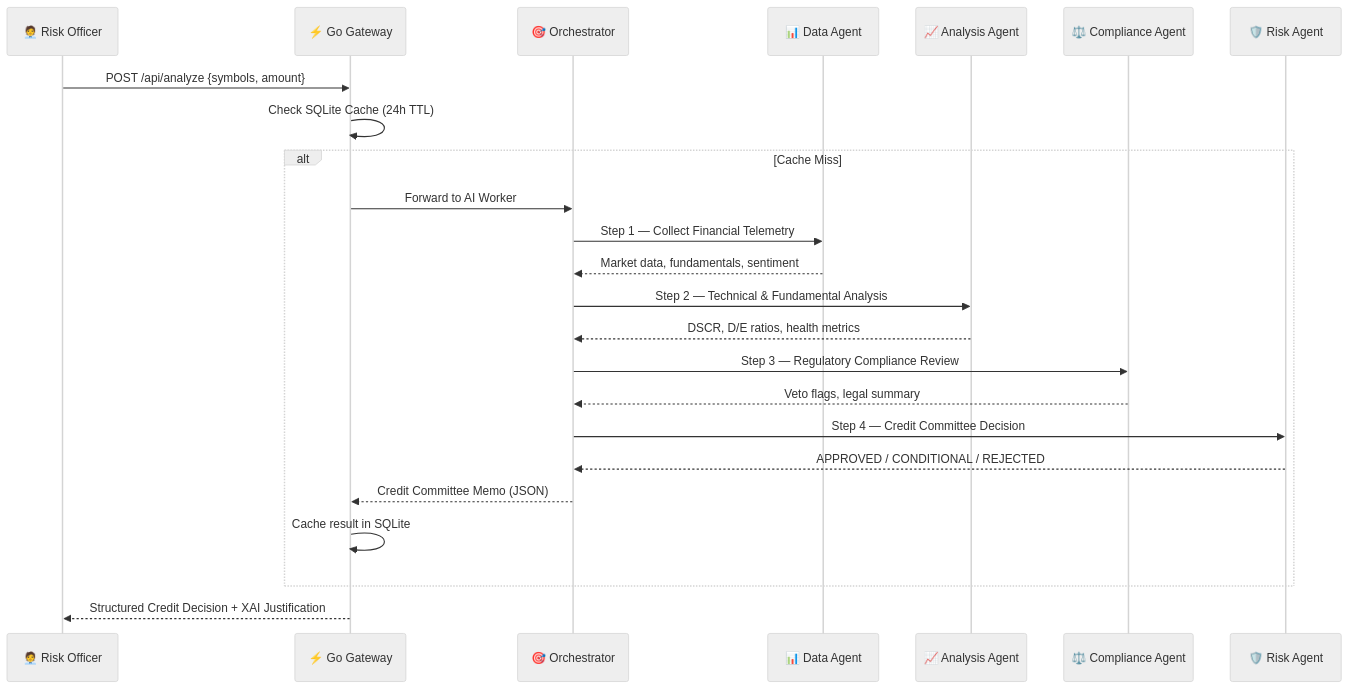
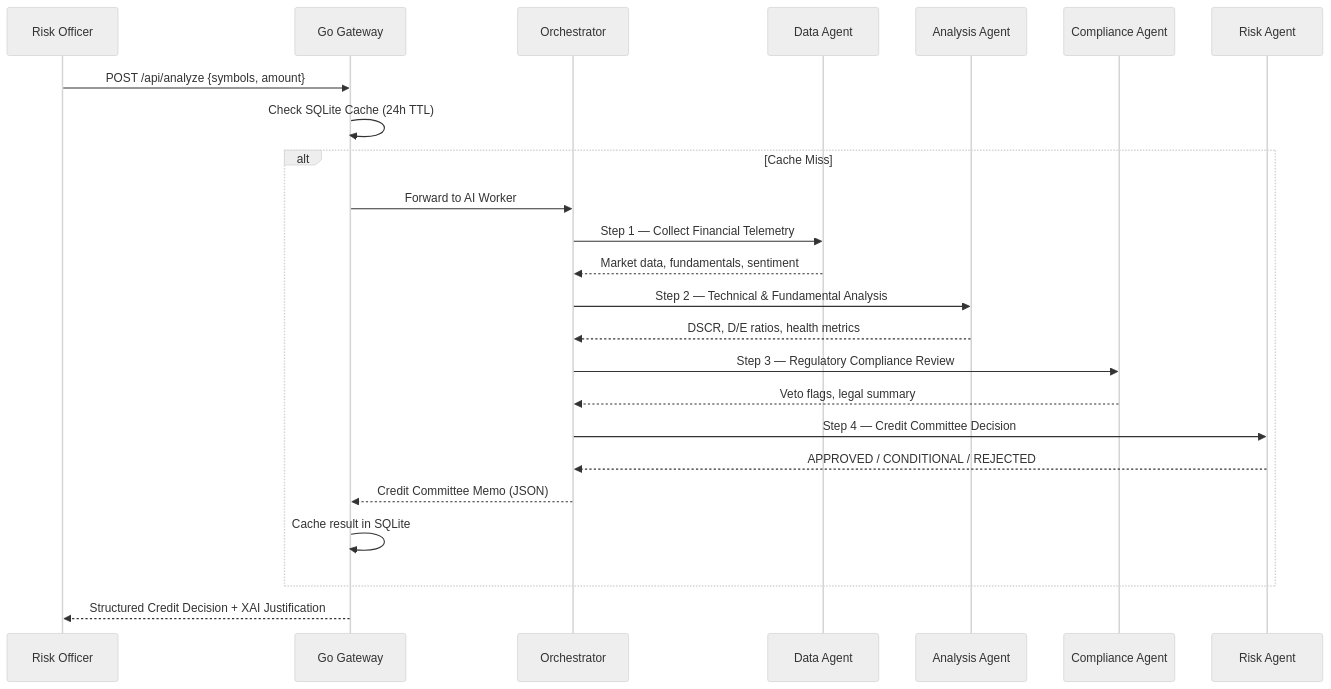
Before and after one commit to EyupEfeAslan2/hm_mobil_app_2: the second of 3 diagrams in README.md, drawn with Mermaid (neutral theme). The commit also changed other lines of this file, not shown here.

````diff
--- a/README.md
+++ b/README.md
@@ -163,29 +163,29 @@
 ```mermaid
 sequenceDiagram
-    participant U as 🧑‍💼 Risk Officer
-    participant G as ⚡ Go Gateway
-    participant O as 🎯 Orchestrator
-    participant D as 📊 Data Agent
-    participant A as 📈 Analysis Agent
-    participant C as ⚖️ Compliance Agent
-    participant R as 🛡️ Risk Agent
+    participant U as  Risk Officer
+    participant G as  Go Gateway
+    participant O as  Orchestrator
+    participant D as  Data Agent
+    participant A as  Analysis Agent
+    participant C as  Compliance Agent
+    participant R as  Risk Agent
 
     U->>G: POST /api/analyze {symbols, amount}
     G->>G: Check SQLite Cache (24h TTL)
     
     alt Cache Miss
         G->>O: Forward to AI Worker
         O->>D: Step 1 — Collect Financial Telemetry
         D-->>O: Market data, fundamentals, sentiment
         O->>A: Step 2 — Technical & Fundamental Analysis
         A-->>O: DSCR, D/E ratios, health metrics
         O->>C: Step 3 — Regulatory Compliance Review
         C-->>O: Veto flags, legal summary
         O->>R: Step 4 — Credit Committee Decision
         R-->>O: APPROVED / CONDITIONAL / REJECTED
         O-->>G: Credit Committee Memo (JSON)
         G->>G: Cache result in SQLite
     end
     
     G-->>U: Structured Credit Decision + XAI Justification
 ```
````
